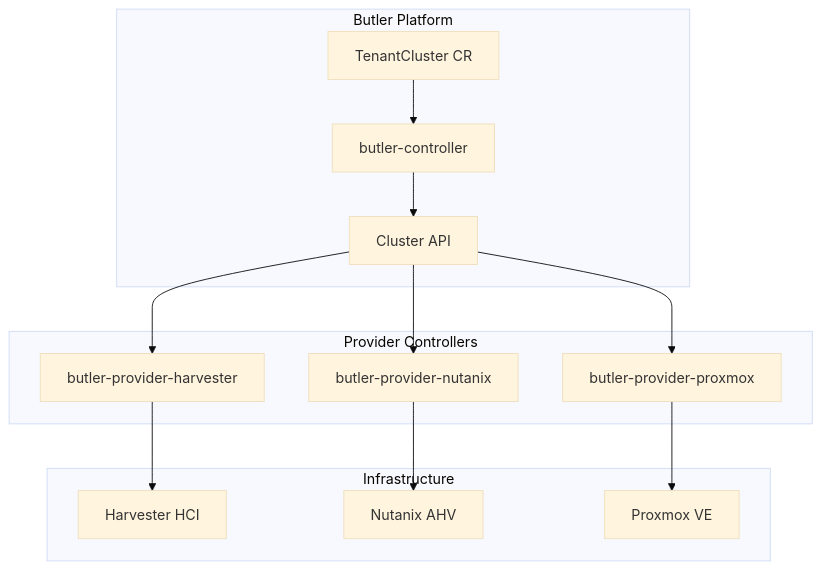
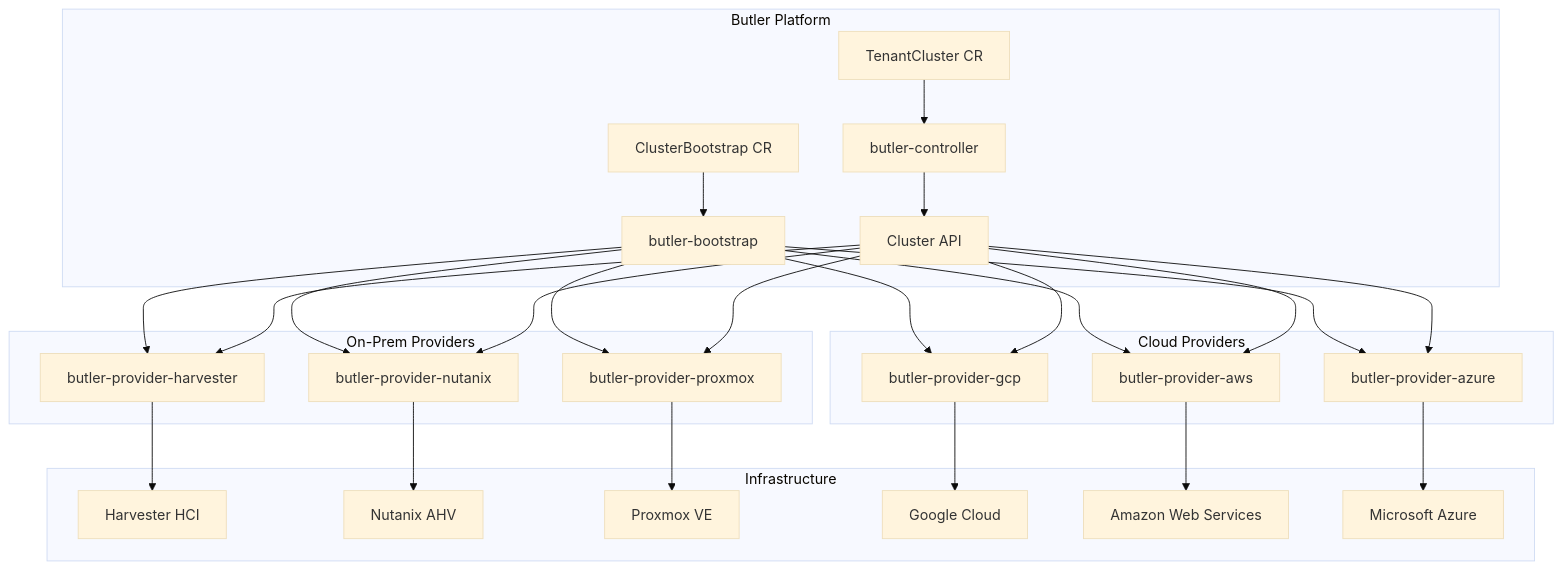
One commit to butlerdotdev/butler changed the diagram in docs/providers/README.md. Above: the diagram before and after it, drawn with Mermaid (base theme). The commit also changed other lines of this file and 10 other files, not shown here.

First line of the commit message:
docs: add cloud bootstrap and provider documentation (#12)

````diff
--- a/docs/providers/README.md
+++ b/docs/providers/README.md
@@ -18,31 +30,45 @@
 ```mermaid
 flowchart TB
     subgraph Butler["Butler Platform"]
         Controller["butler-controller"]
+        Bootstrap["butler-bootstrap"]
         TC[TenantCluster CR]
+        CB[ClusterBootstrap CR]
         CAPI[Cluster API]
     end
-    
-    subgraph Providers["Provider Controllers"]
+
+    subgraph OnPrem["On-Prem Providers"]
         PH["butler-provider-harvester"]
         PN["butler-provider-nutanix"]
         PP["butler-provider-proxmox"]
     end
-    
+
+    subgraph Cloud["Cloud Providers"]
+        PG["butler-provider-gcp"]
+        PA["butler-provider-aws"]
+        PZ["butler-provider-azure"]
+    end
+
     subgraph Infrastructure["Infrastructure"]
         Harvester["Harvester HCI"]
         Nutanix["Nutanix AHV"]
         Proxmox["Proxmox VE"]
+        GCP["Google Cloud"]
+        AWS["Amazon Web Services"]
+        Azure["Microsoft Azure"]
     end
-    
+
+    CB --> Bootstrap
     TC --> Controller
     Controller --> CAPI
-    
-    CAPI --> PH
-    CAPI --> PN
-    CAPI --> PP
-    
+    Bootstrap --> PH & PN & PP & PG & PA & PZ
+
+    CAPI --> PH & PN & PP & PG & PA & PZ
+
     PH --> Harvester
     PN --> Nutanix
     PP --> Proxmox
+    PG --> GCP
+    PA --> AWS
+    PZ --> Azure
 ```
````
